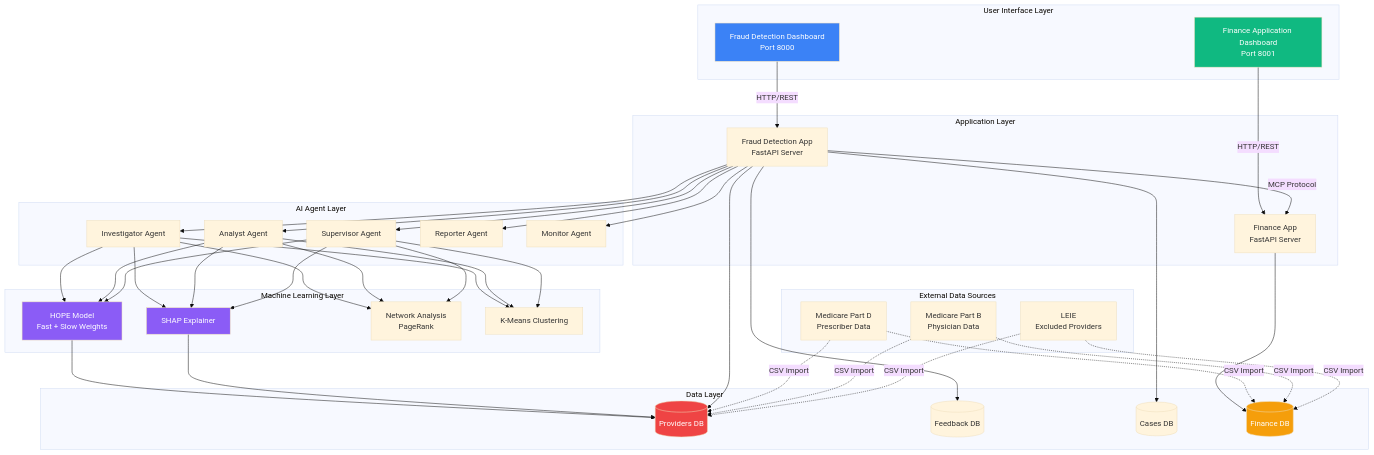
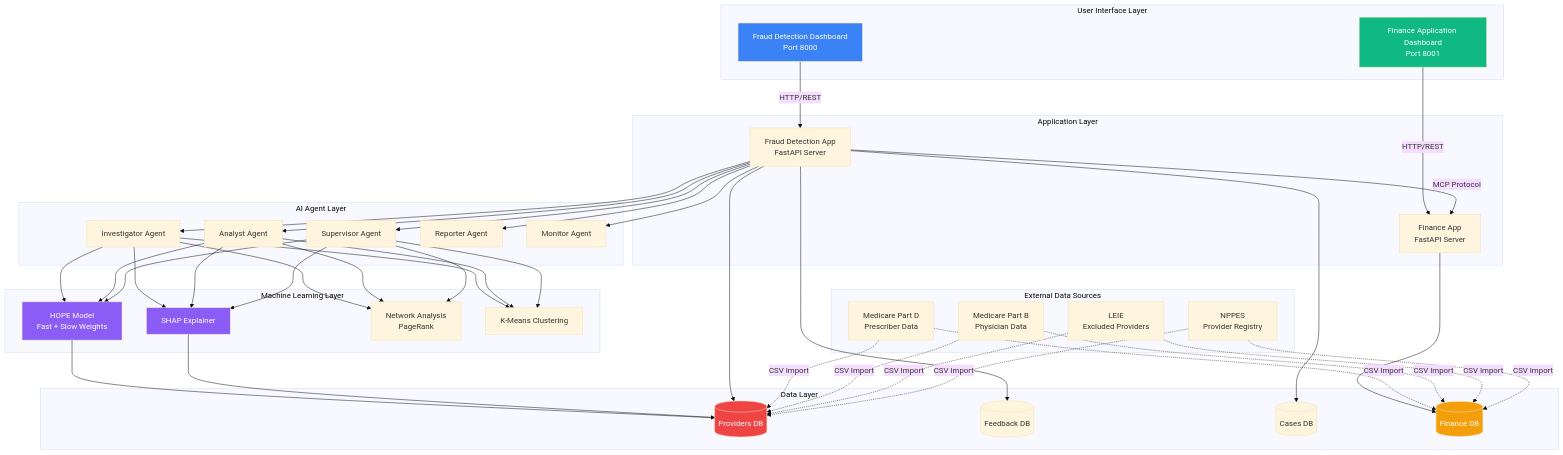
Before and after one commit to UCKalyan/HealthCareFraudDetection: the first of 17 diagrams in docs/Healthcare_FraudGuard_Documentation_v2.md, drawn with Mermaid (base theme). The commit also changed other lines of this file, not shown here.

Commit message:
Add NPPES dataset to documentation diagrams and data sources

````diff
--- a/docs/Healthcare_FraudGuard_Documentation_v2.md
+++ b/docs/Healthcare_FraudGuard_Documentation_v2.md
@@ -560,57 +560,58 @@
 ```mermaid
 graph TB
     subgraph "User Interface Layer"
         UI1[Fraud Detection Dashboard<br/>Port 8000]
         UI2[Finance Application Dashboard<br/>Port 8001]
     end
     
     subgraph "Application Layer"
         APP1[Fraud Detection App<br/>FastAPI Server]
         APP2[Finance App<br/>FastAPI Server]
     end
     
     subgraph "AI Agent Layer"
         AG1[Investigator Agent]
         AG2[Analyst Agent]
         AG3[Supervisor Agent]
         AG4[Reporter Agent]
         AG5[Monitor Agent]
     end
     
     subgraph "Machine Learning Layer"
         ML1[HOPE Model<br/>Fast + Slow Weights]
         ML2[SHAP Explainer]
         ML3[Network Analysis<br/>PageRank]
         ML4[K-Means Clustering]
     end
     
     subgraph "Data Layer"
         DB1[(Providers DB)]
         DB2[(Feedback DB)]
         DB3[(Cases DB)]
         DB4[(Finance DB)]
     end
     
     subgraph "External Data Sources"
         EXT1[Medicare Part D<br/>Prescriber Data]
         EXT2[Medicare Part B<br/>Physician Data]
         EXT3[LEIE<br/>Excluded Providers]
+        EXT4[NPPES<br/>Provider Registry]
     end
     
     UI1 -->|HTTP/REST| APP1
     UI2 -->|HTTP/REST| APP2
     APP1 -->|MCP Protocol| APP2
     APP1 --> AG1 & AG2 & AG3 & AG4 & AG5
     AG1 & AG2 & AG3 --> ML1 & ML2 & ML3 & ML4
     ML1 & ML2 --> DB1
     APP1 --> DB1 & DB2 & DB3
     APP2 --> DB4
-    EXT1 & EXT2 & EXT3 -.->|CSV Import| DB1 & DB4
+    EXT1 & EXT2 & EXT3 & EXT4 -.->|CSV Import| DB1 & DB4
     
     style UI1 fill:#3b82f6,color:#fff
     style UI2 fill:#10b981,color:#fff
     style ML1 fill:#8b5cf6,color:#fff
     style ML2 fill:#8b5cf6,color:#fff
     style DB1 fill:#ef4444,color:#fff
     style DB4 fill:#f59e0b,color:#fff
 ```
````
